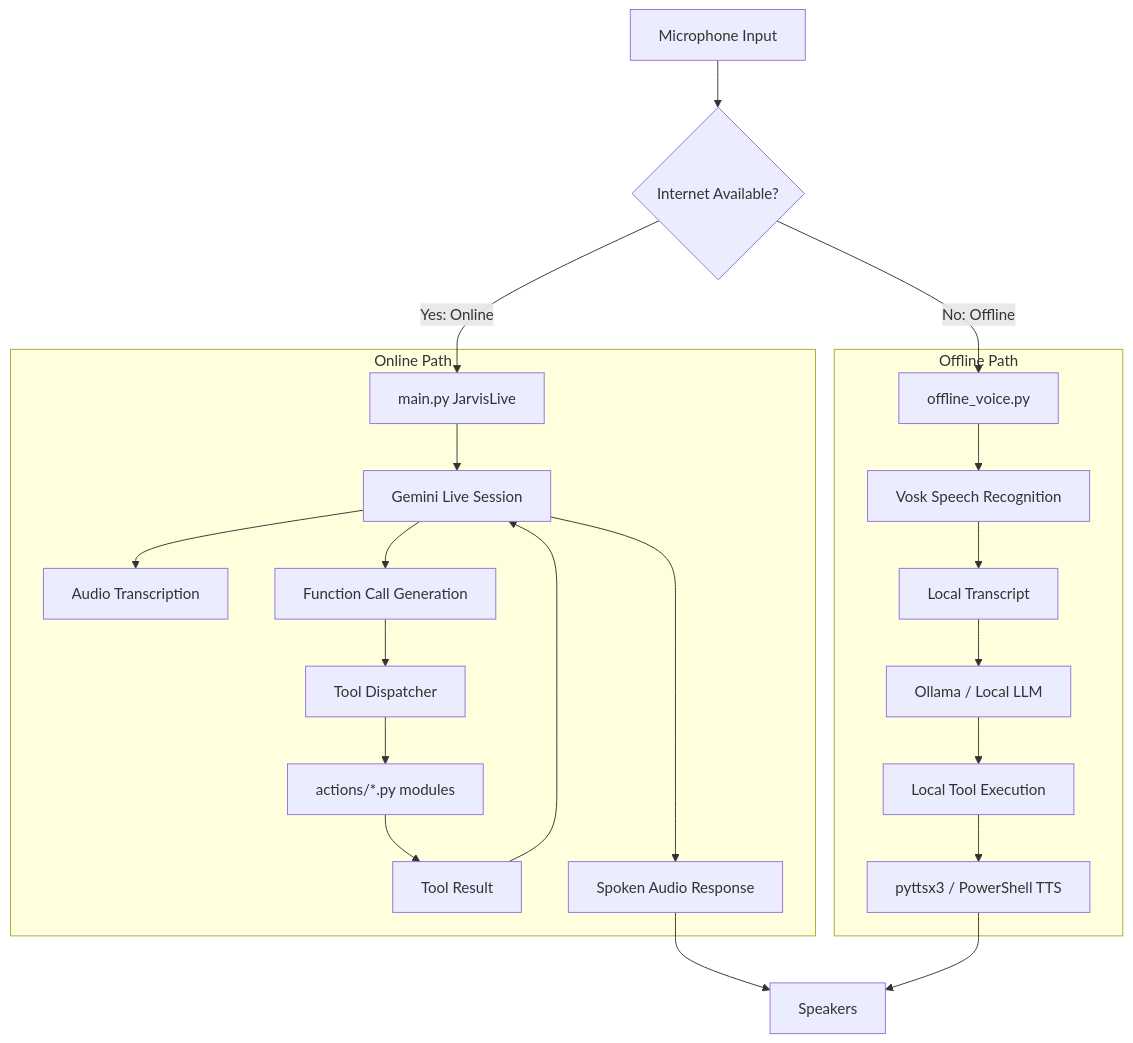
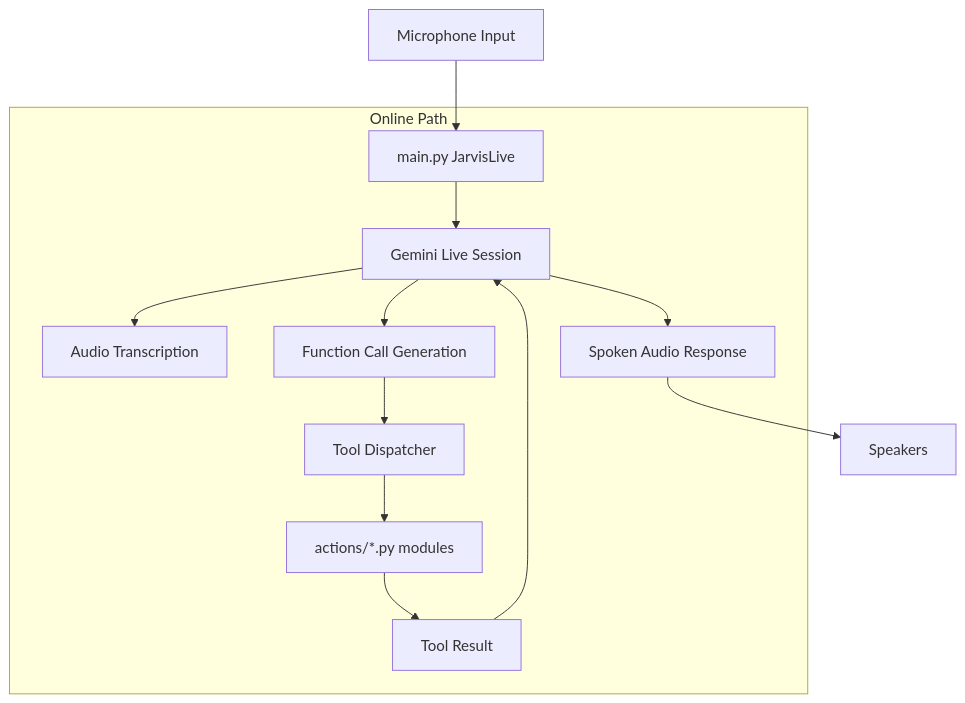
Before and after one commit to AbazarAdam/jarvis: the diagram in docs/architecture.md, drawn with Mermaid. The commit also changed other lines of this file and 7 other files, not shown here.

````diff
--- a/docs/architecture.md
+++ b/docs/architecture.md
@@ -22,28 +22,17 @@
 ```mermaid
 flowchart TB
-    MIC[Microphone Input] --> MODE{Internet Available?}
-    MODE -->|Yes: Online| LIVE[main.py JarvisLive]
-    MODE -->|No: Offline| OFF[offline_voice.py]
+    MIC[Microphone Input] --> LIVE[main.py JarvisLive]
 
     subgraph Online Path
         LIVE --> GM[Gemini Live Session]
         GM --> TX[Audio Transcription]
         GM --> FC[Function Call Generation]
         FC --> TOOLS[Tool Dispatcher]
         TOOLS --> ACTIONS[actions/*.py modules]
         ACTIONS --> RESULT[Tool Result]
         RESULT --> GM
         GM --> SPEECH[Spoken Audio Response]
     end
 
-    subgraph Offline Path
-        OFF --> VOSK[Vosk Speech Recognition]
-        VOSK --> TEXT[Local Transcript]
-        TEXT --> OLLAMA[Ollama / Local LLM]
-        OLLAMA --> LTOOL[Local Tool Execution]
-        LTOOL --> TTS[pyttsx3 / PowerShell TTS]
-    end
-
     SPEECH --> SPEAKERS[Speakers]
-    TTS --> SPEAKERS
 ```
````
